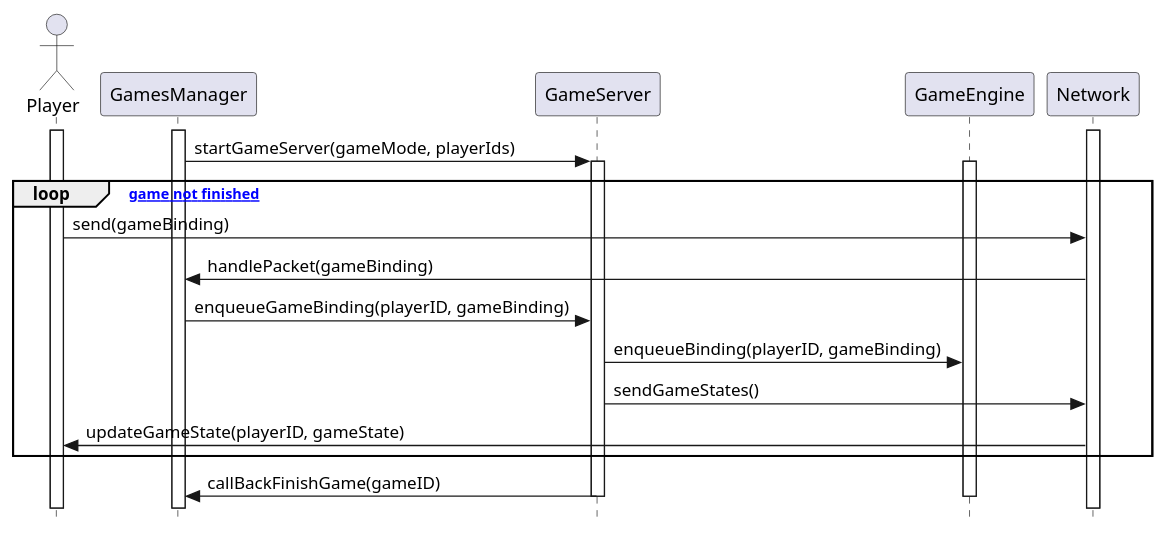
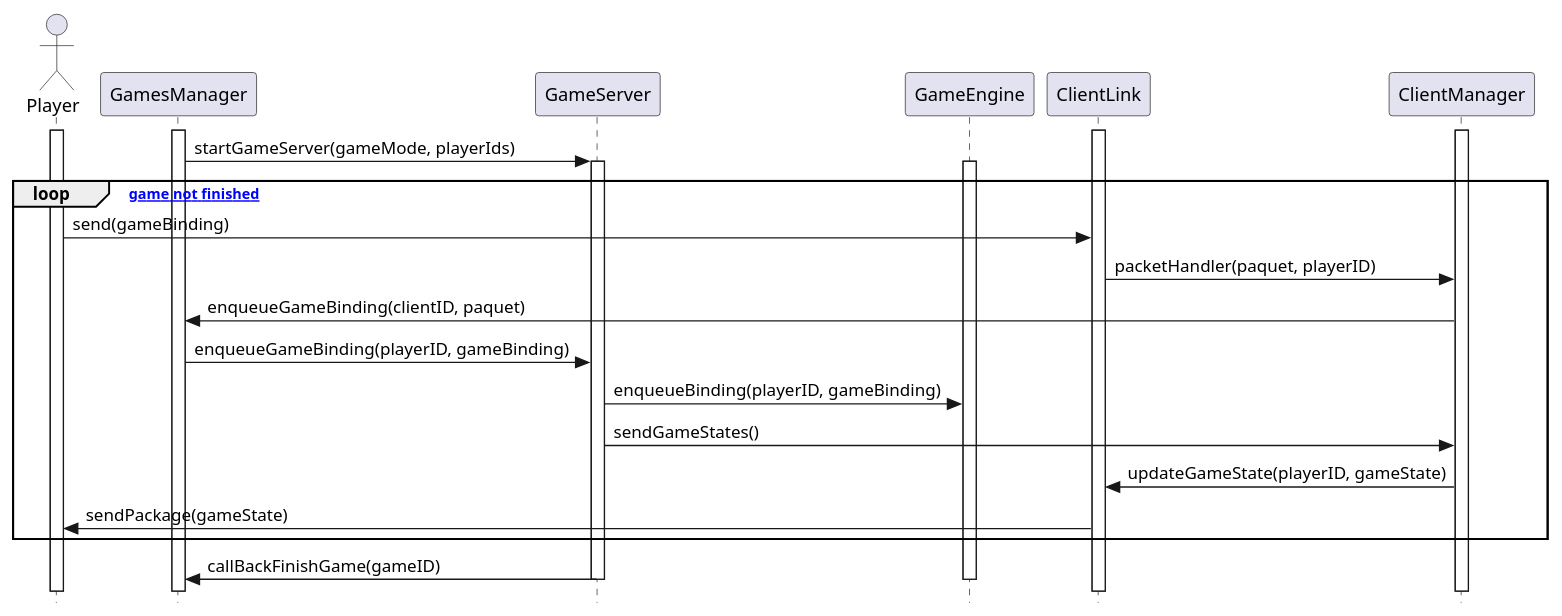
The diagram in doc/uml/sequence/GameServerSequence.plantuml (ulb-info2-group5/Royal-Blocks), drawn with PlantUML before and after one commit. The commit also changed 4 other files, not shown here.

Commit message:
continue the sequence diagram, still need to finish the MatchMaking for the client

```diff
--- a/doc/uml/sequence/GameServerSequence.plantuml
+++ b/doc/uml/sequence/GameServerSequence.plantuml
@@ -1,30 +1,34 @@
 @startuml GameServerSequence
 
 skinparam style strictuml
 
 actor Player
 participant GamesManager
 participant GameServer
 participant GameEngine
-participant Network
+participant ClientLink
+participant ClientManager
 
 activate Player
-activate Network
+activate ClientLink
+activate ClientManager
 activate GamesManager
 
 GamesManager -> GameServer : startGameServer(gameMode, playerIds)
 activate GameServer
 activate GameEngine
 
 loop [ while game not finished ]
-    Player -> Network : send(gameBinding)
-    Network -> GamesManager : handlePacket(gameBinding)
+    Player -> ClientLink : send(gameBinding)
+    ClientLink -> ClientManager : packetHandler(paquet, playerID)
+    ClientManager -> GamesManager : enqueueGameBinding(clientID, paquet)
     GamesManager -> GameServer : enqueueGameBinding(playerID, gameBinding)
     GameServer -> GameEngine : enqueueBinding(playerID, gameBinding)
-    GameServer -> Network : sendGameStates()
-    Network -> Player : updateGameState(playerID, gameState)
+    GameServer -> ClientManager  : sendGameStates()
+    ClientManager -> ClientLink : updateGameState(playerID, gameState)
+    ClientLink -> Player : sendPackage(gameState)
 end 
 GameServer -> GamesManager : callBackFinishGame(gameID)
 deactivate GameEngine
 deactivate GameServer
 @enduml
```
